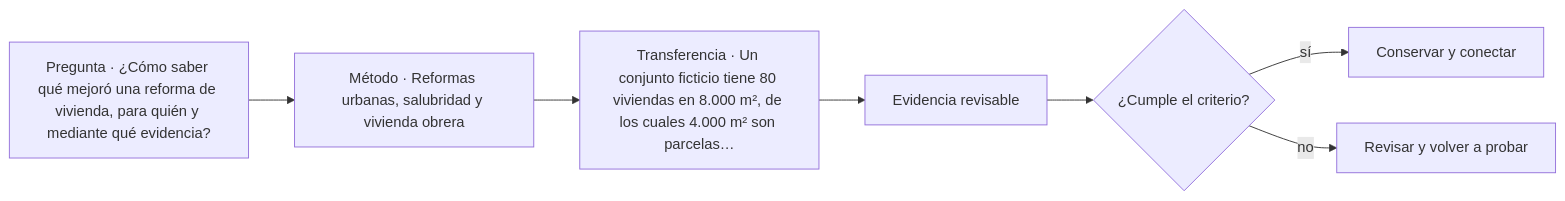
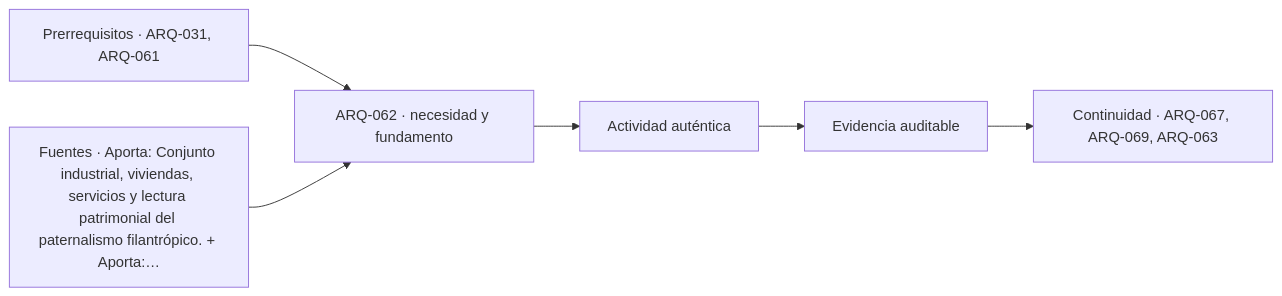
One commit to vladimiracunadev-create/architecture-built-environment-learning-program changed the diagram in classes/parte-07/ARQ-062.md. Above: the diagram before and after it, drawn with Mermaid. The commit also changed other lines of this file and 761 other files, not shown here.

````diff
--- a/classes/parte-07/ARQ-062.md
+++ b/classes/parte-07/ARQ-062.md
@@ -106,9 +118,8 @@
 ```mermaid
 flowchart LR
-    Q["Pregunta · ¿Cómo saber qué mejoró una reforma de vivienda, para quién y mediante qué evidencia?"] --> M["Método · Reformas urbanas, salubridad y vivienda obrera"]
-    M --> P["Transferencia · Un conjunto ficticio tiene 80 viviendas en 8.000 m², de los cuales 4.000 m² son parcelas…"]
-    P --> E["Evidencia revisable"]
-    E --> C{"¿Cumple el criterio?"}
-    C -->|sí| T["Conservar y conectar"]
-    C -->|no| R["Revisar y volver a probar"]
+    A["Prerrequisitos · ARQ-031, ARQ-061"] --> B["ARQ-062 · necesidad y fundamento"]
+    S["Fuentes · Aporta: Conjunto industrial, viviendas, servicios y lectura patrimonial del paternalismo filantrópico. + Aporta:…"] --> B
+    B --> C["Actividad auténtica"]
+    C --> D["Evidencia auditable"]
+    D --> E["Continuidad · ARQ-067, ARQ-069, ARQ-063"]
 ```
````
